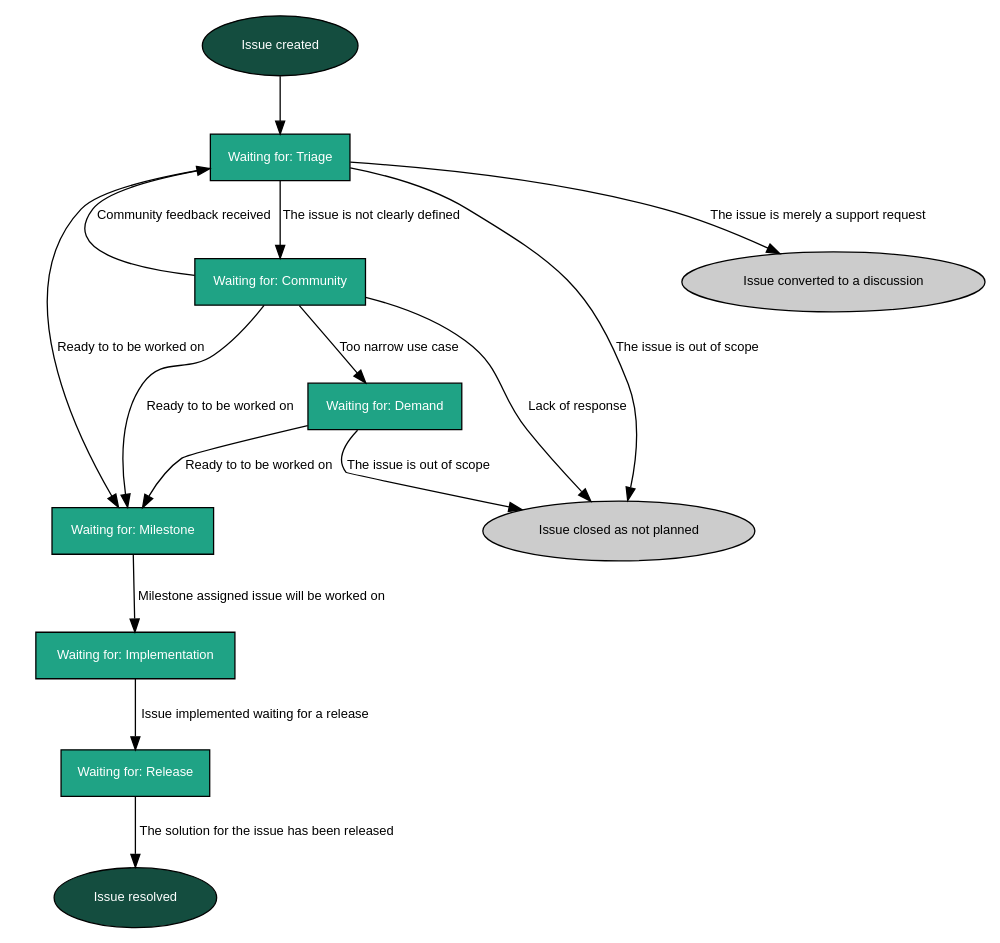
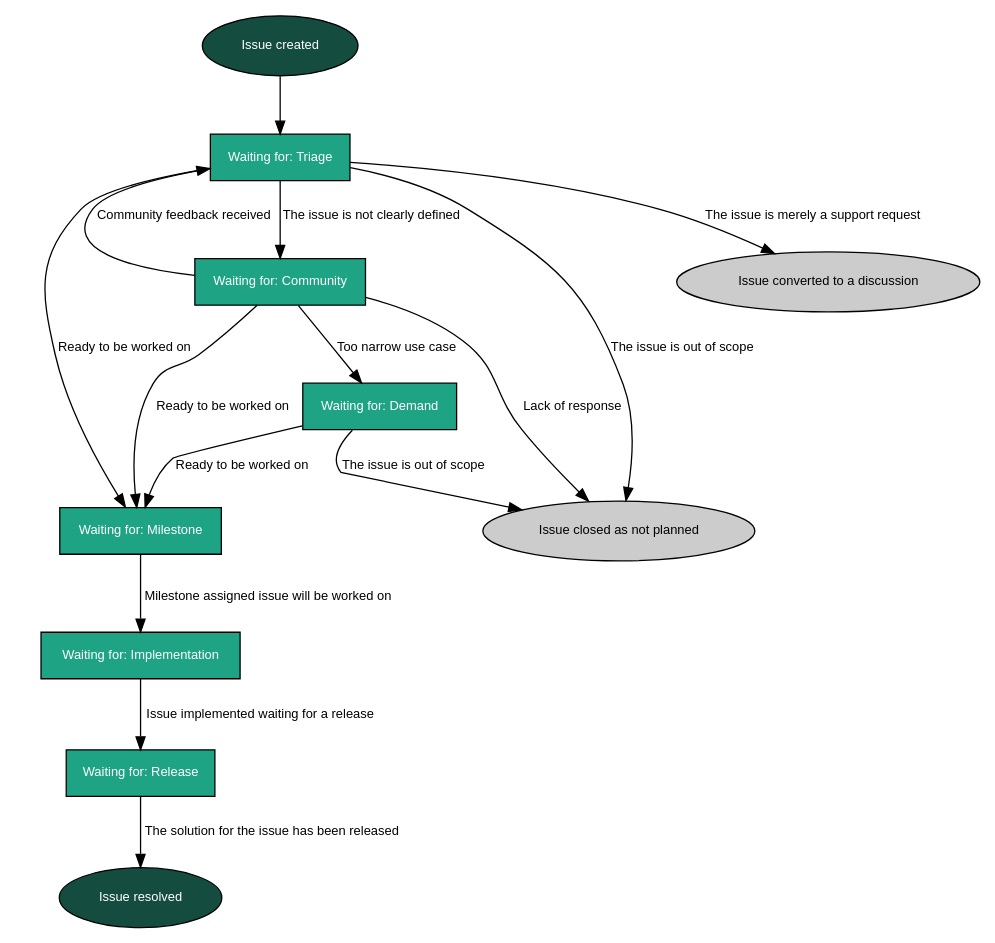
One commit to WeblateOrg/weblate changed the diagram in docs/contributing/issues.rst. Above: the diagram before and after it, drawn with Graphviz.

Commit message:
docs: fix duplicated word in issue lifecycle diagram labels

```diff
--- a/docs/contributing/issues.rst
+++ b/docs/contributing/issues.rst
@@ -68,41 +68,41 @@
 .. graphviz::
 
     digraph "Issue lifecycle" {
       graph [fontname = "sans-serif", fontsize=10, ranksep=0.6, newrank=true];
       node [fontname = "sans-serif", fontsize=10, margin=0.15];
       edge [fontname = "sans-serif", fontsize=10];
 
       subgraph cluster_states {
          graph [color=white];
          "Waiting for: Triage" [shape=box, fillcolor="#1fa385", fontcolor=white, style=filled];
          "Waiting for: Demand" [shape=box, fillcolor="#1fa385", fontcolor=white, style=filled];
          "Waiting for: Community" [shape=box, fillcolor="#1fa385", fontcolor=white, style=filled];
          "Waiting for: Milestone" [shape=box, fillcolor="#1fa385", fontcolor=white, style=filled];
          "Waiting for: Implementation" [shape=box, fillcolor="#1fa385", fontcolor=white, style=filled];
          "Waiting for: Release" [shape=box, fillcolor="#1fa385", fontcolor=white, style=filled];
       }
 
       "Issue created" [fillcolor="#144d3f", fontcolor=white, style=filled];
       "Issue closed as not planned" [fillcolor="#cccccc", style=filled];
       "Issue converted to a discussion" [fillcolor="#cccccc", style=filled];
       "Issue resolved" [fillcolor="#144d3f", fontcolor=white, style=filled];
 
       "Issue created" -> "Waiting for: Triage";
 
       "Waiting for: Triage" -> "Waiting for: Community" [label="The issue is not clearly defined"];
       "Waiting for: Triage" -> "Issue closed as not planned" [label="The issue is out of scope"];
       "Waiting for: Triage" -> "Issue converted to a discussion" [label="The issue is merely a support request"];
-      "Waiting for: Triage" -> "Waiting for: Milestone" [label="Ready to to be worked on"];
+      "Waiting for: Triage" -> "Waiting for: Milestone" [label="Ready to be worked on"];
 
       "Waiting for: Community" -> "Waiting for: Triage" [label="Community feedback received"];
       "Waiting for: Community" -> "Issue closed as not planned" [label="Lack of response"];
 
-      "Waiting for: Community" -> "Waiting for: Milestone" [label="Ready to to be worked on"];
+      "Waiting for: Community" -> "Waiting for: Milestone" [label="Ready to be worked on"];
       "Waiting for: Community" -> "Waiting for: Demand" [label="Too narrow use case"];
-      "Waiting for: Demand" -> "Waiting for: Milestone" [label="Ready to to be worked on"];
+      "Waiting for: Demand" -> "Waiting for: Milestone" [label="Ready to be worked on"];
       "Waiting for: Demand" -> "Issue closed as not planned" [label="The issue is out of scope"];
       "Waiting for: Milestone" -> "Waiting for: Implementation" [label="Milestone assigned issue will be worked on"];
       "Waiting for: Implementation" -> "Waiting for: Release" [label="Issue implemented waiting for a release"];
       "Waiting for: Release" -> "Issue resolved" [label="The solution for the issue has been released"];
 
     }
```
